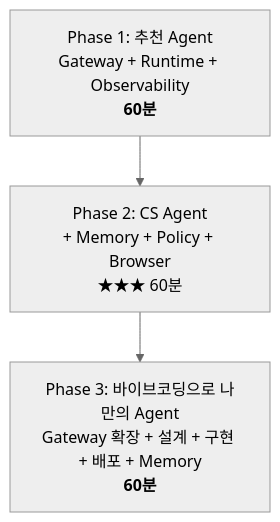
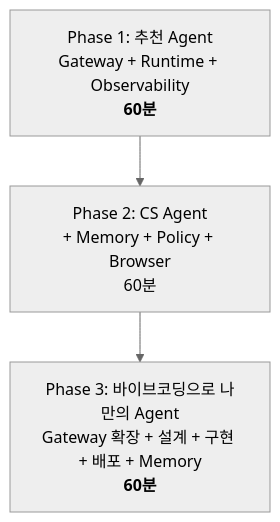
One commit to kjhyuok/rcg-agentcore-workshop-guide changed the diagram in docs/index.md. Above: the diagram before and after it, drawn with Mermaid (neutral theme). The commit also changed other lines of this file and 4 other files, not shown here.

````diff
--- a/docs/index.md
+++ b/docs/index.md
@@ -69,5 +69,5 @@
 ```mermaid
 graph TD
-    A["Phase 1: 추천 Agent<br/>Gateway + Runtime + Observability<br/><b>60분</b>"] --> C["Phase 2: CS Agent<br/>+ Memory + Policy + Browser<br/>★★★ 60분"]
+    A["Phase 1: 추천 Agent<br/>Gateway + Runtime + Observability<br/><b>60분</b>"] --> C["Phase 2: CS Agent<br/>+ Memory + Policy + Browser<br/>60분"]
     C --> E["Phase 3: 바이브코딩으로 나만의 Agent<br/>Gateway 확장 + 설계 + 구현 + 배포 + Memory<br/><b>60분</b>"]
 ```
````
